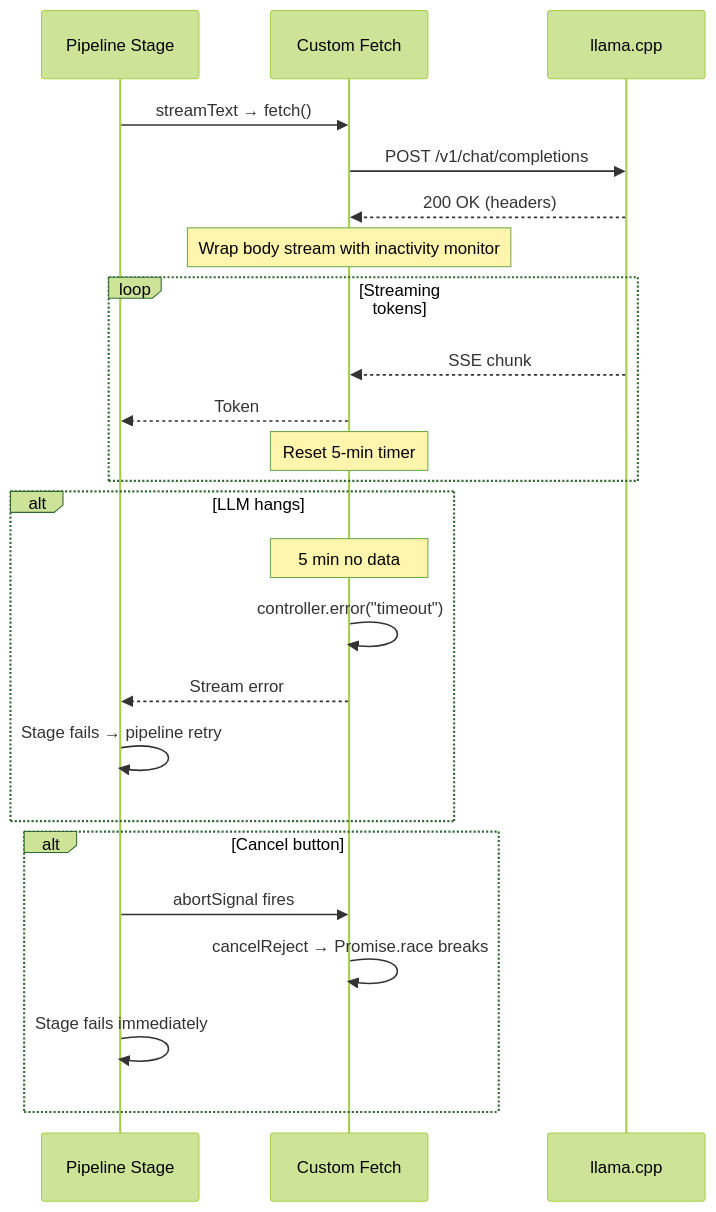
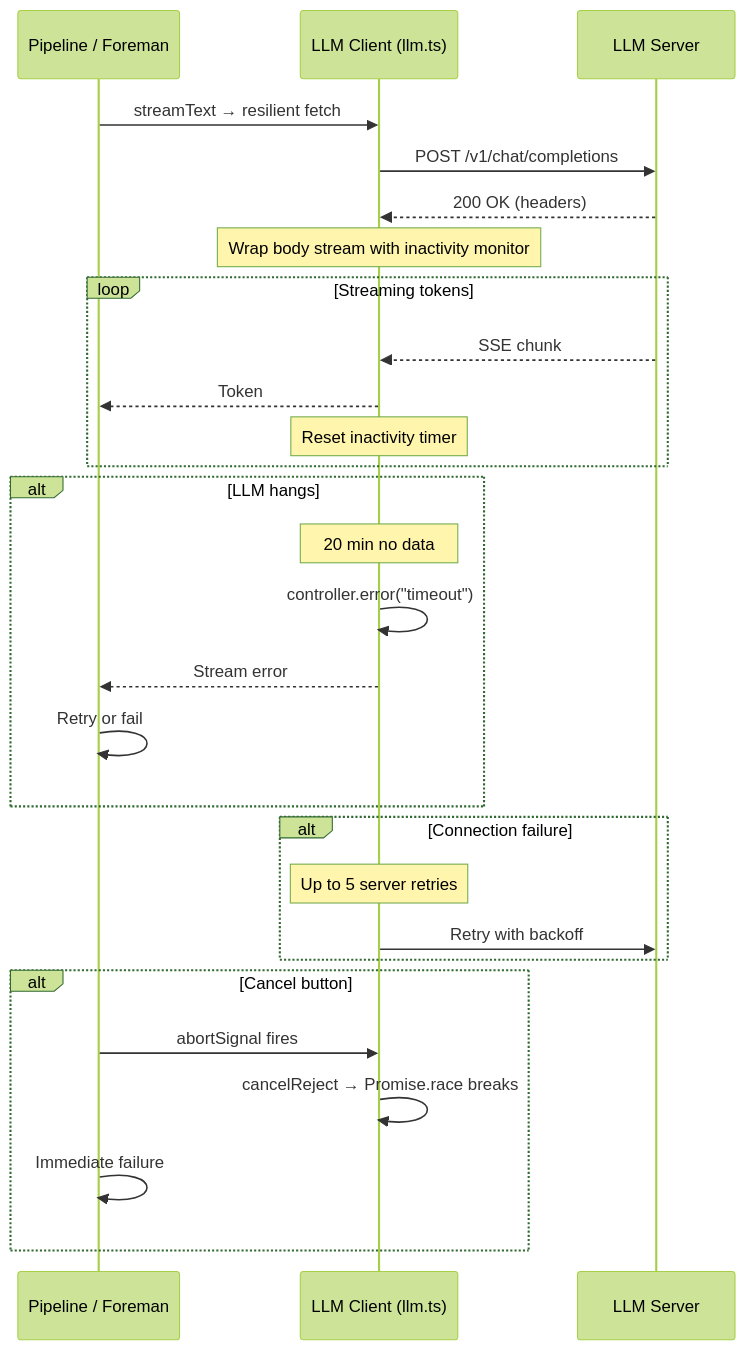
The first of 3 diagrams in docs/architecture/07-resilience.md (reffdev/auto-swe), drawn with Mermaid (forest theme) before and after one commit. The commit also changed other lines of this file and 18 other files, not shown here.

````diff
--- a/docs/architecture/07-resilience.md
+++ b/docs/architecture/07-resilience.md
@@ -5,30 +5,35 @@
 ```mermaid
 sequenceDiagram
-    participant Stage as Pipeline Stage
-    participant Fetch as Custom Fetch
-    participant LLM as llama.cpp
+    participant Stage as Pipeline / Foreman
+    participant LLM as LLM Client (llm.ts)
+    participant Server as LLM Server
 
-    Stage->>Fetch: streamText → fetch()
-    Fetch->>LLM: POST /v1/chat/completions
-    LLM-->>Fetch: 200 OK (headers)
-    Note over Fetch: Wrap body stream with inactivity monitor
+    Stage->>LLM: streamText → resilient fetch
+    LLM->>Server: POST /v1/chat/completions
+    Server-->>LLM: 200 OK (headers)
+    Note over LLM: Wrap body stream with inactivity monitor
 
     loop Streaming tokens
-        LLM-->>Fetch: SSE chunk
-        Fetch-->>Stage: Token
-        Note over Fetch: Reset 5-min timer
+        Server-->>LLM: SSE chunk
+        LLM-->>Stage: Token
+        Note over LLM: Reset inactivity timer
     end
 
     alt LLM hangs
-        Note over Fetch: 5 min no data
-        Fetch->>Fetch: controller.error("timeout")
-        Fetch-->>Stage: Stream error
-        Stage->>Stage: Stage fails → pipeline retry
+        Note over LLM: 20 min no data
+        LLM->>LLM: controller.error("timeout")
+        LLM-->>Stage: Stream error
+        Stage->>Stage: Retry or fail
+    end
+
+    alt Connection failure
+        Note over LLM: Up to 5 server retries
+        LLM->>Server: Retry with backoff
     end
 
     alt Cancel button
-        Stage->>Fetch: abortSignal fires
-        Fetch->>Fetch: cancelReject → Promise.race breaks
-        Stage->>Stage: Stage fails immediately
+        Stage->>LLM: abortSignal fires
+        LLM->>LLM: cancelReject → Promise.race breaks
+        Stage->>Stage: Immediate failure
     end
 ```
````
